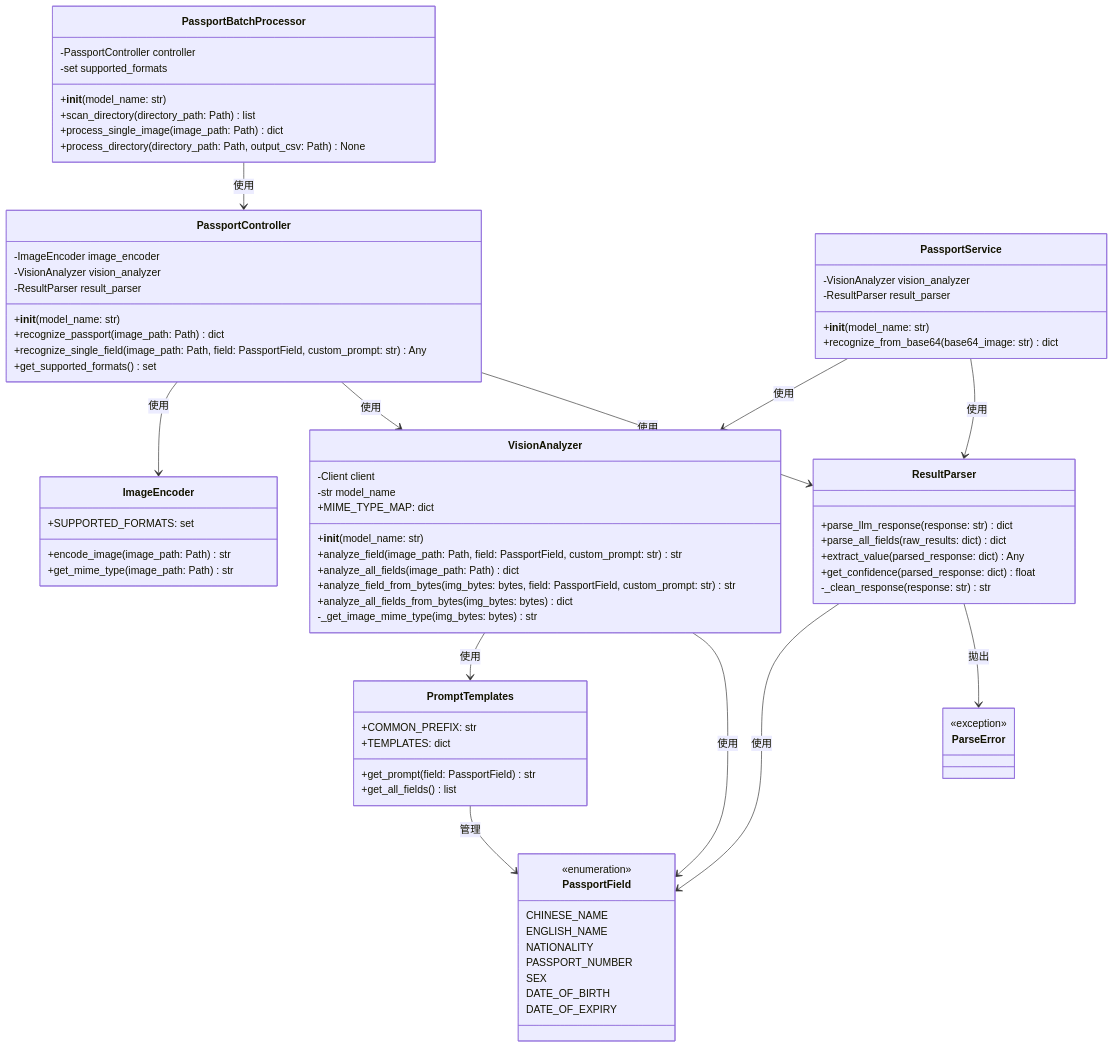
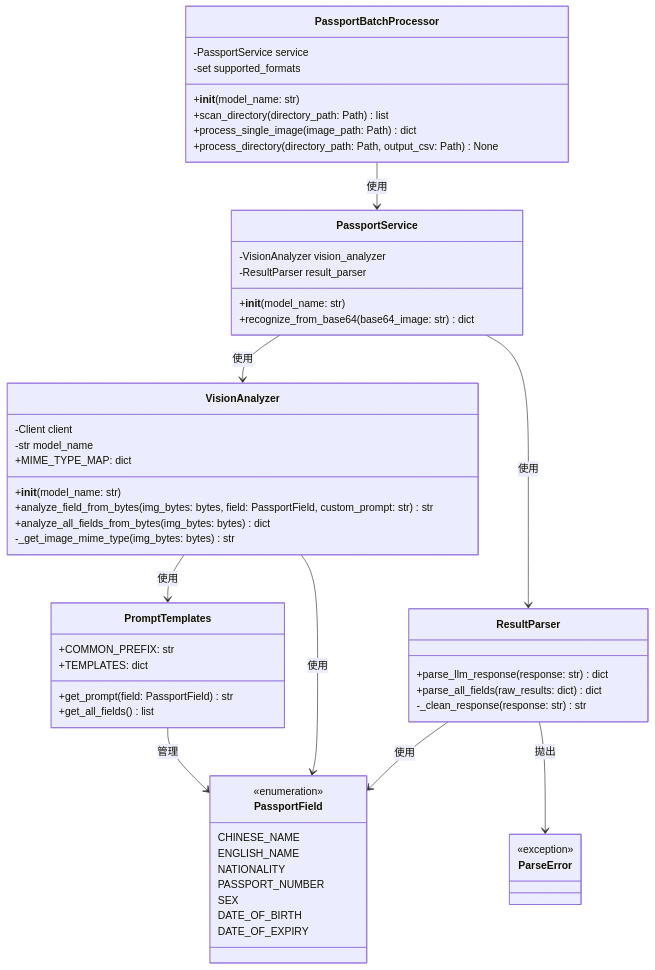
One commit to wu02067602/Passport-image-recognition changed the diagram in 類別圖.md. Above: the diagram before and after it, drawn with Mermaid. The commit also changed other lines of this file and 10 other files, not shown here.

First line of the commit message:
Refactor: Simplify passport recognition and batch processing

````diff
--- a/類別圖.md
+++ b/類別圖.md
@@ -7,15 +7,5 @@
 ```mermaid
 classDiagram
-    class PassportController {
-        -ImageEncoder image_encoder
-        -VisionAnalyzer vision_analyzer
-        -ResultParser result_parser
-        +__init__(model_name: str)
-        +recognize_passport(image_path: Path) dict
-        +recognize_single_field(image_path: Path, field: PassportField, custom_prompt: str) Any
-        +get_supported_formats() set
-    }
-    
     class PassportService {
         -VisionAnalyzer vision_analyzer
         -ResultParser result_parser
@@ -24,7 +14,7 @@
     }
     
     class PassportBatchProcessor {
-        -PassportController controller
+        -PassportService service
         -set supported_formats
         +__init__(model_name: str)
         +scan_directory(directory_path: Path) list
@@ -32,19 +22,11 @@
         +process_directory(directory_path: Path, output_csv: Path) None
     }
     
-    class ImageEncoder {
-        +SUPPORTED_FORMATS: set
-        +encode_image(image_path: Path) str
-        +get_mime_type(image_path: Path) str
-    }
-    
     class VisionAnalyzer {
         -Client client
         -str model_name
         +MIME_TYPE_MAP: dict
         +__init__(model_name: str)
-        +analyze_field(image_path: Path, field: PassportField, custom_prompt: str) str
-        +analyze_all_fields(image_path: Path) dict
         +analyze_field_from_bytes(img_bytes: bytes, field: PassportField, custom_prompt: str) str
         +analyze_all_fields_from_bytes(img_bytes: bytes) dict
         -_get_image_mime_type(img_bytes: bytes) str
@@ -53,8 +35,6 @@
     class ResultParser {
         +parse_llm_response(response: str) dict
         +parse_all_fields(raw_results: dict) dict
-        +extract_value(parsed_response: dict) Any
-        +get_confidence(parsed_response: dict) float
         -_clean_response(response: str) str
     }
     
@@ -80,12 +60,9 @@
         <<exception>>
     }
     
-    PassportController --> ImageEncoder : 使用
-    PassportController --> VisionAnalyzer : 使用
-    PassportController --> ResultParser : 使用
     PassportService --> VisionAnalyzer : 使用
     PassportService --> ResultParser : 使用
-    PassportBatchProcessor --> PassportController : 使用
+    PassportBatchProcessor --> PassportService : 使用
     VisionAnalyzer --> PromptTemplates : 使用
     VisionAnalyzer --> PassportField : 使用
     ResultParser --> PassportField : 使用
````
